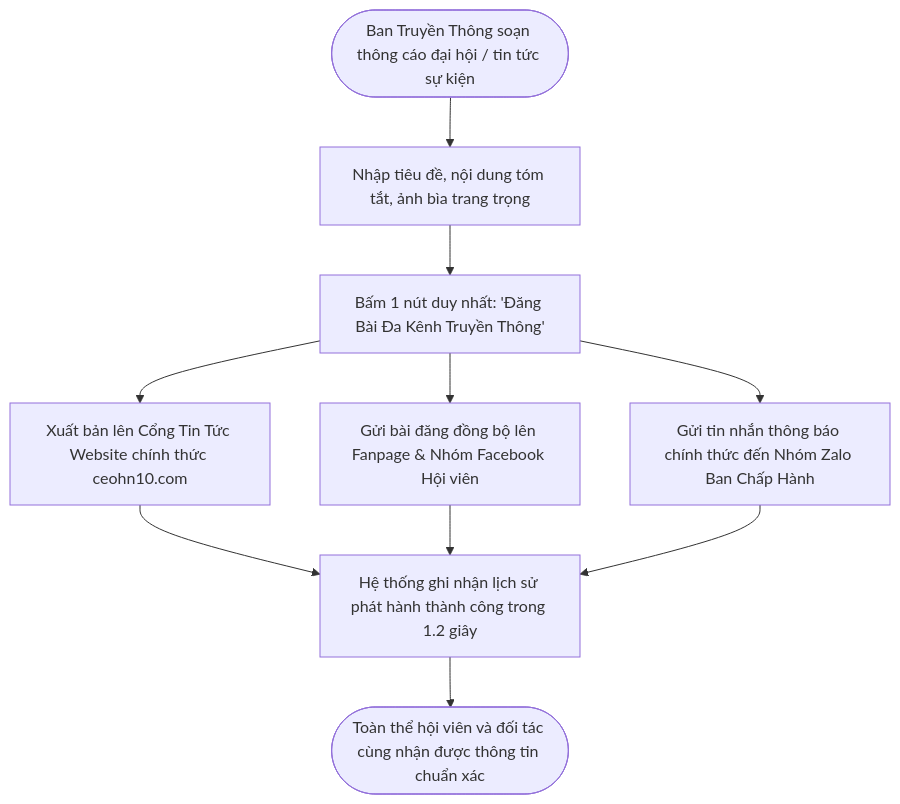
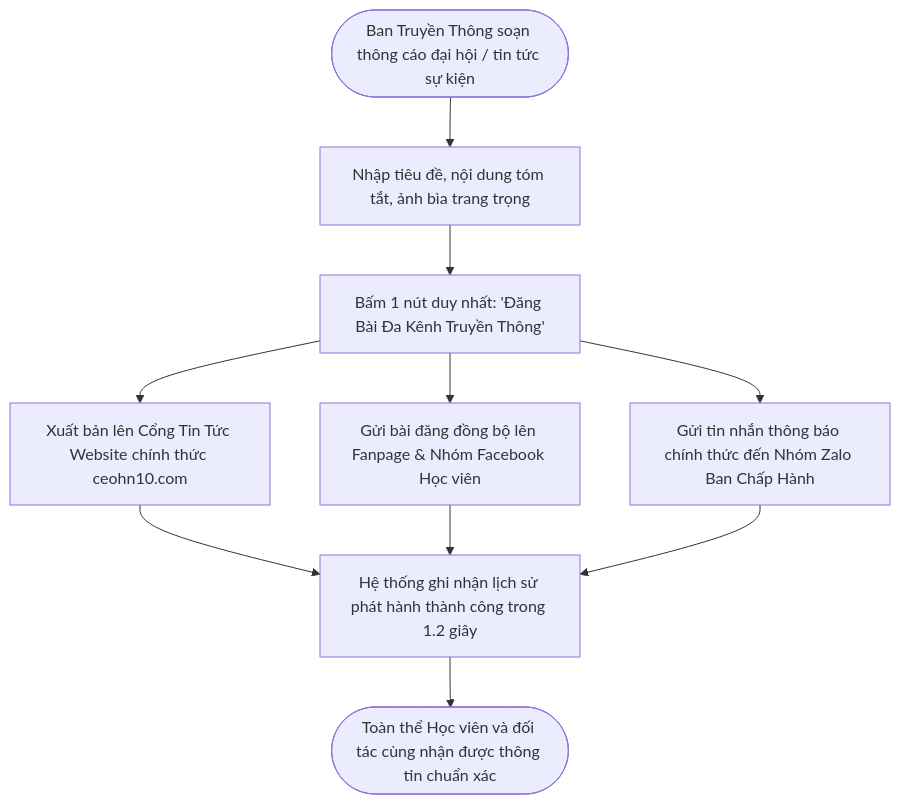
The seventh of 8 diagrams in document/BRD_CEOHN10_MASTER_CHINH_THUC.md (viconnect-product-team/ceoHN10_project), drawn with Mermaid before and after one commit. The commit also changed other lines of this file and 614 other files, not shown here.

````diff
--- a/document/BRD_CEOHN10_MASTER_CHINH_THUC.md
+++ b/document/BRD_CEOHN10_MASTER_CHINH_THUC.md
@@ -270,14 +270,14 @@
 ```mermaid
 flowchart TD
     A([Ban Truyền Thông soạn thông cáo đại hội / tin tức sự kiện]) --> B[Nhập tiêu đề, nội dung tóm tắt, ảnh bìa trang trọng]
     B --> C[Bấm 1 nút duy nhất: 'Đăng Bài Đa Kênh Truyền Thông']
     
     C --> D1[Xuất bản lên Cổng Tin Tức Website chính thức ceohn10.com]
-    C --> D2[Gửi bài đăng đồng bộ lên Fanpage & Nhóm Facebook Hội viên]
+    C --> D2[Gửi bài đăng đồng bộ lên Fanpage & Nhóm Facebook Học viên]
     C --> D3[Gửi tin nhắn thông báo chính thức đến Nhóm Zalo Ban Chấp Hành]
     
     D1 --> E[Hệ thống ghi nhận lịch sử phát hành thành công trong 1.2 giây]
     D2 --> E
     D3 --> E
-    E --> F([Toàn thể hội viên và đối tác cùng nhận được thông tin chuẩn xác])
+    E --> F([Toàn thể Học viên và đối tác cùng nhận được thông tin chuẩn xác])
 ```
````
